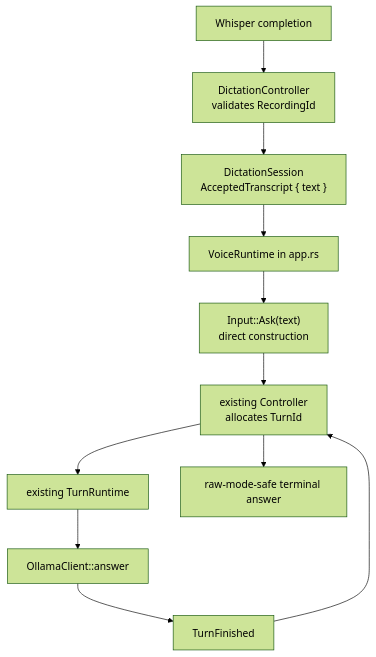
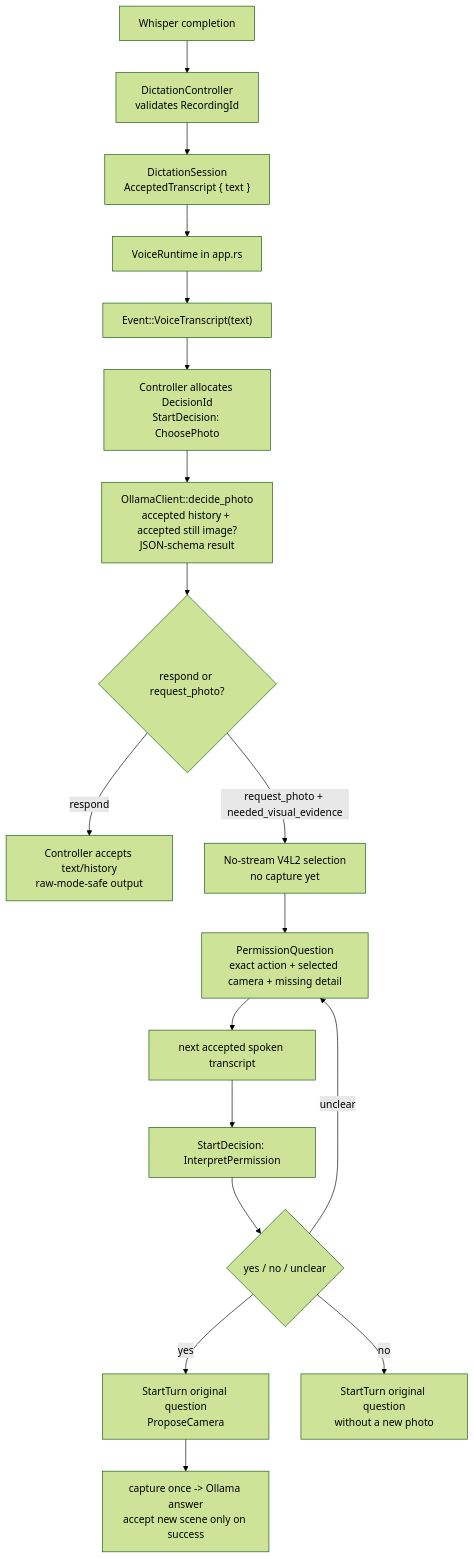
The fourth of 4 diagrams in README.md (samuelebstein/independence), drawn with Mermaid (forest theme) before and after one commit. The commit also changed other lines of this file and 7 other files, not shown here.

Commit message:
basic photo decision and capture working

````diff
--- a/README.md
+++ b/README.md
@@ -596,13 +662,20 @@
 ```mermaid
 flowchart TD
     A["Whisper completion"] --> B["DictationController\nvalidates RecordingId"]
     B --> C["DictationSession\nAcceptedTranscript { text }"]
     C --> D["VoiceRuntime in app.rs"]
-    D --> E["Input::Ask(text)\ndirect construction"]
-    E --> F["existing Controller\nallocates TurnId"]
-    F --> G["existing TurnRuntime"]
-    G --> H["OllamaClient::answer"]
-    H --> I["TurnFinished"]
-    I --> F
-    F --> J["raw-mode-safe terminal answer"]
+    D --> E["Event::VoiceTranscript(text)"]
+    E --> F["Controller allocates DecisionId\nStartDecision: ChoosePhoto"]
+    F --> G["OllamaClient::decide_photo\naccepted history + accepted still image?\nJSON-schema result"]
+    G --> H{"respond or request_photo?"}
+    H -->|respond| I["Controller accepts text/history\nraw-mode-safe output"]
+    H -->|request_photo + needed_visual_evidence| J["No-stream V4L2 selection\nno capture yet"]
+    J --> K["PermissionQuestion\nexact action + selected camera + missing detail"]
+    K --> L["next accepted spoken transcript"]
+    L --> M["StartDecision: InterpretPermission"]
+    M --> N{"yes / no / unclear"}
+    N -->|yes| O["StartTurn original question\nProposeCamera"]
+    O --> P["capture once -> Ollama answer\naccept new scene only on success"]
+    N -->|no| Q["StartTurn original question\nwithout a new photo"]
+    N -->|unclear| K
 ```
````
